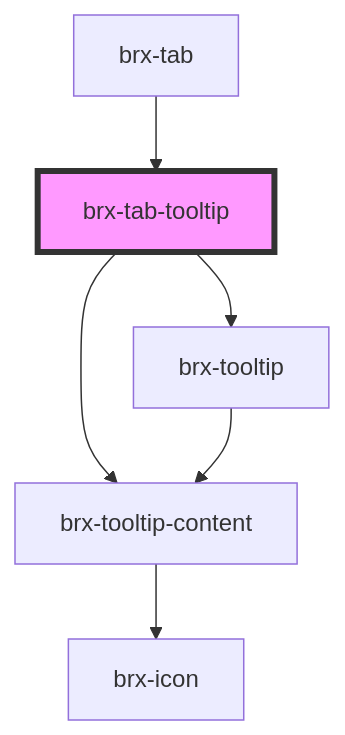
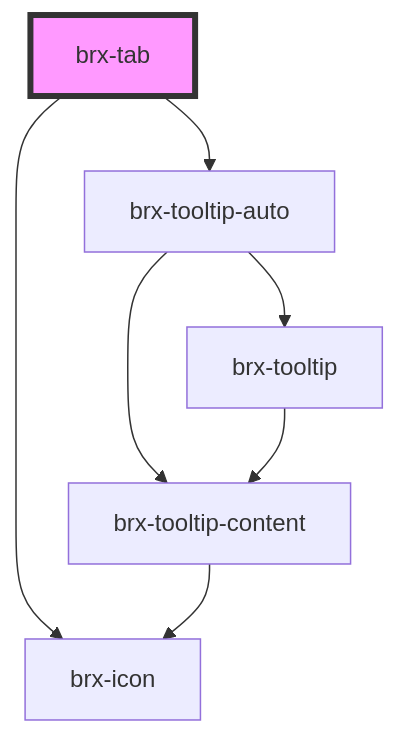
The diagram in packages/core/src/components/brx-tab/readme.md (copperui/copperui), drawn with Mermaid before and after one commit. The commit also changed other lines of this file and 29 other files, not shown here.

````diff
--- a/packages/core/src/components/brx-tab/readme.md
+++ b/packages/core/src/components/brx-tab/readme.md
@@ -27,9 +41,10 @@
 ```mermaid
 graph TD;
-  brx-tab-tooltip --> brx-tooltip
-  brx-tab-tooltip --> brx-tooltip-content
+  brx-tab --> brx-tooltip-auto
+  brx-tab --> brx-icon
+  brx-tooltip-auto --> brx-tooltip
+  brx-tooltip-auto --> brx-tooltip-content
   brx-tooltip --> brx-tooltip-content
   brx-tooltip-content --> brx-icon
-  brx-tab --> brx-tab-tooltip
-  style brx-tab-tooltip fill:#f9f,stroke:#333,stroke-width:4px
+  style brx-tab fill:#f9f,stroke:#333,stroke-width:4px
 ```
````
